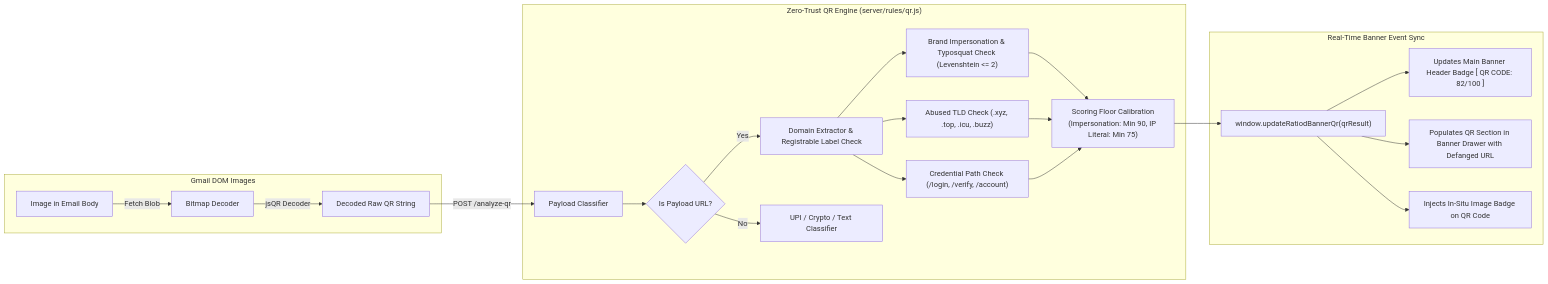
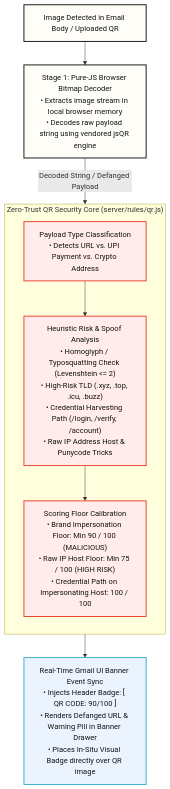
The second of 4 diagrams in README.md (VedxntDev/Ratio-d), drawn with Mermaid before and after one commit. The commit also changed other lines of this file, not shown here.

Commit message:
Redesign all architecture diagrams into crystal-clear, layman-friendly 5-stage Eraser.io style flowcharts

````diff
--- a/README.md
+++ b/README.md
@@ -277,27 +278,28 @@
 ```mermaid
-flowchart LR
-    subgraph GMAIL_DOM ["Gmail DOM Images"]
-        A["Image in Email Body"] -->|Fetch Blob| B["Bitmap Decoder"]
-        B -->|jsQR Decoder| C["Decoded Raw QR String"]
+flowchart TD
+    GMAIL_IMAGE["Image Detected in Email Body / Uploaded QR"]
+    
+    GMAIL_IMAGE --> STAGE1_QR["Stage 1: Pure-JS Browser Bitmap Decoder<br/>• Extracts image stream in local browser memory<br/>• Decodes raw payload string using vendored jsQR engine"]
+    
+    STAGE1_QR -->|Decoded String / Defanged Payload| QR_CORE["Zero-Trust QR Analysis Engine"]
+
+    subgraph QR_CORE ["Zero-Trust QR Security Core (server/rules/qr.js)"]
+        direction TB
+        
+        CLASSIFY["Payload Type Classification<br/>• Detects URL vs. UPI Payment vs. Crypto Address"]
+        
+        CLASSIFY --> HEURISTICS["Heuristic Risk & Spoof Analysis<br/>• Homoglyph / Typosquatting Check (Levenshtein <= 2)<br/>• High-Risk TLD (.xyz, .top, .icu, .buzz)<br/>• Credential Harvesting Path (/login, /verify, /account)<br/>• Raw IP Address Host & Punycode Tricks"]
+        
+        HEURISTICS --> CALIBRATE["Scoring Floor Calibration<br/>• Brand Impersonation Floor: Min 90 / 100 (MALICIOUS)<br/>• Raw IP Host Floor: Min 75 / 100 (HIGH RISK)<br/>• Credential Path on Impersonating Host: 100 / 100"]
     end
 
-    subgraph QR_HEURISTICS ["Zero-Trust QR Engine (server/rules/qr.js)"]
-        C -->|POST /analyze-qr| D["Payload Classifier"]
-        D --> E{"Is Payload URL?"}
-        E -->|Yes| F["Domain Extractor & Registrable Label Check"]
-        E -->|No| G["UPI / Crypto / Text Classifier"]
-        F --> H["Brand Impersonation & Typosquat Check (Levenshtein <= 2)"]
-        F --> I["Abused TLD Check (.xyz, .top, .icu, .buzz)"]
-        F --> J["Credential Path Check (/login, /verify, /account)"]
-        H --> K["Scoring Floor Calibration<br/>(Impersonation: Min 90, IP Literal: Min 75)"]
-        I --> K
-        J --> K
-    end
+    CALIBRATE --> BANNER_SYNC["Real-Time Gmail UI Banner Event Sync<br/>• Injects Header Badge: [ QR CODE: 90/100 ]<br/>• Renders Defanged URL & Warning Pill in Banner Drawer<br/>• Places In-Situ Visual Badge directly over QR image"]
 
-    subgraph UI_SYNC ["Real-Time Banner Event Sync"]
-        K --> L["window.updateRatiodBannerQr(qrResult)"]
-        L --> M["Updates Main Banner Header Badge [ QR CODE: 82/100 ]"]
-        L --> N["Populates QR Section in Banner Drawer with Defanged URL"]
-        L --> O["Injects In-Situ Image Badge on QR Code"]
-    end
+    classDef stageBox fill:#FFFDF7,stroke:#121212,stroke-width:2px,color:#121212
+    classDef coreBox fill:#FFECEB,stroke:#EA3E2B,stroke-width:2px,color:#121212
+    classDef renderBox fill:#EBF3FF,stroke:#38AECC,stroke-width:2px,color:#121212
+
+    class GMAIL_IMAGE,STAGE1_QR stageBox
+    class CLASSIFY,HEURISTICS,CALIBRATE coreBox
+    class BANNER_SYNC renderBox
 ```
````
